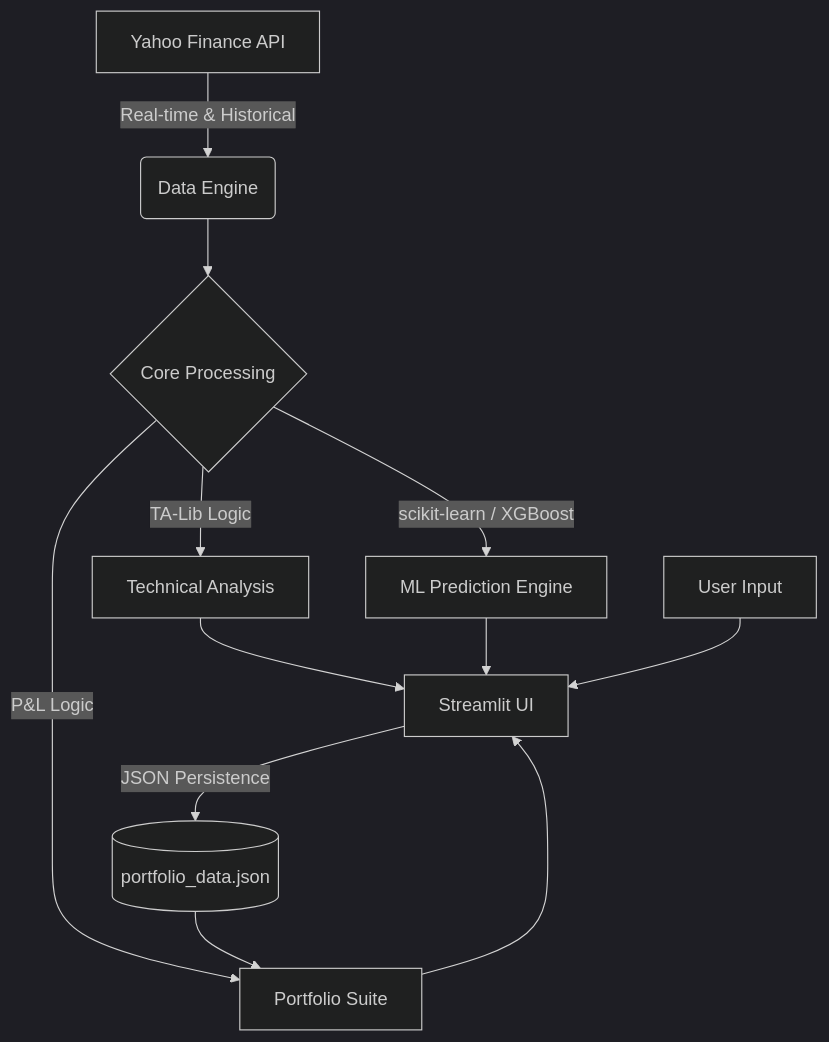
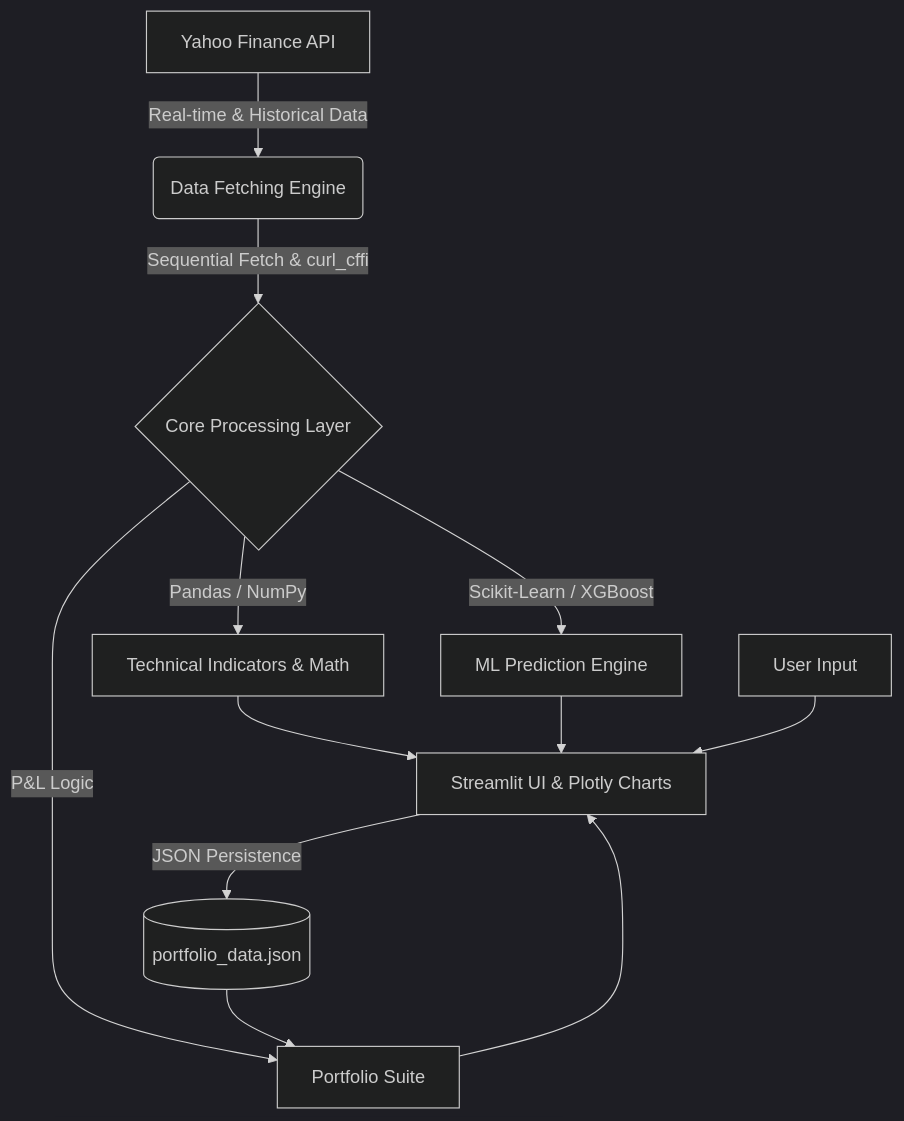
One commit to baibhavoraon377-byte/Stockfin changed the diagram in README.md. Above: the diagram before and after it, drawn with Mermaid (dark theme). The commit also changed other lines of this file, not shown here.

````diff
--- a/README.md
+++ b/README.md
@@ -53,16 +66,17 @@
 ```mermaid
 graph TD
-    A[Yahoo Finance API] -->|Real-time & Historical| B(Data Engine)
-    B --> C{Core Processing}
-    C -->|TA-Lib Logic| D[Technical Analysis]
-    C -->|scikit-learn / XGBoost| E[ML Prediction Engine]
+    A[Yahoo Finance API] -->|Real-time & Historical Data| B(Data Fetching Engine)
+    B -->|Sequential Fetch & curl_cffi| C{Core Processing Layer}
+    
+    C -->|Pandas / NumPy| D[Technical Indicators & Math]
+    C -->|Scikit-Learn / XGBoost| E[ML Prediction Engine]
     C -->|P&L Logic| F[Portfolio Suite]
     
-    D --> G[Streamlit UI]
+    D --> G[Streamlit UI & Plotly Charts]
     E --> G
     F --> G
     
     H[User Input] --> G
     G -->|JSON Persistence| I[(portfolio_data.json)]
     I --> F
 ```
````
